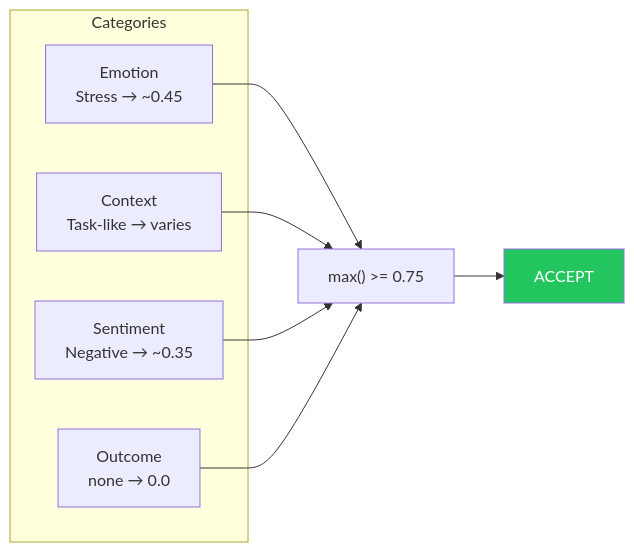
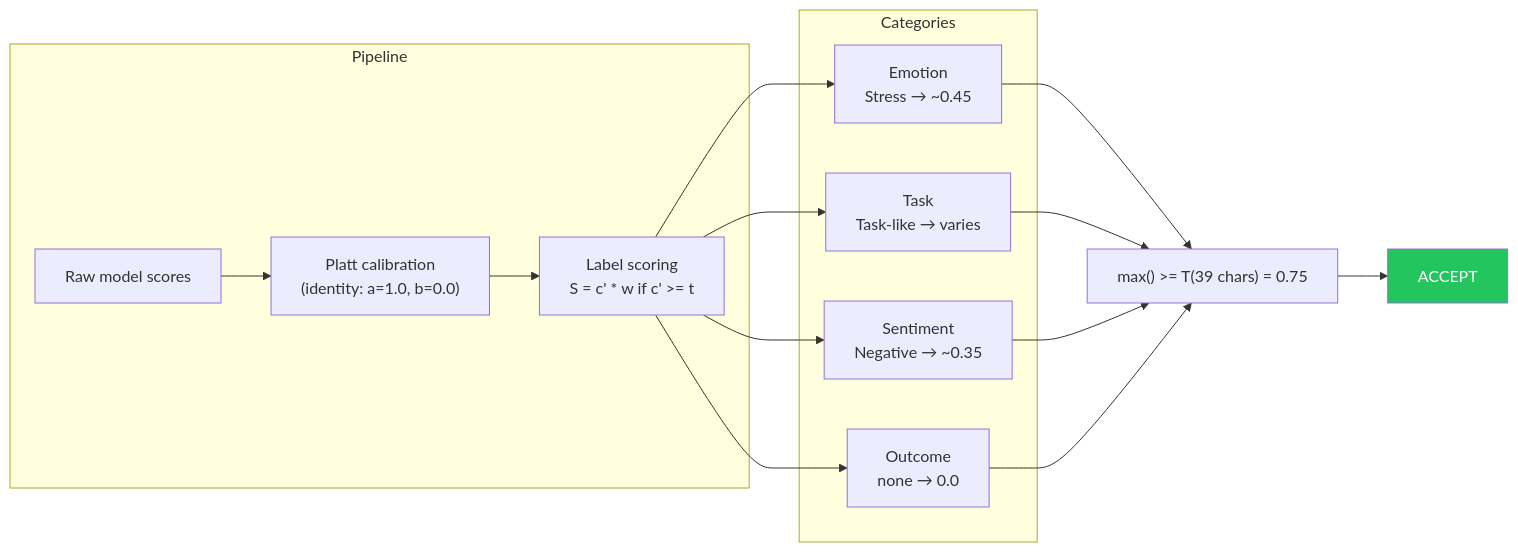
One commit to aacebo/loom changed the eighth of 9 diagrams in docs/loom/scoring-algorithm.md. Above: the diagram before and after it, drawn with Mermaid. The commit also changed other lines of this file, not shown here.

Commit message:
platt docs

````diff
--- a/docs/loom/scoring-algorithm.md
+++ b/docs/loom/scoring-algorithm.md
@@ -247,17 +374,27 @@
 ```mermaid
 flowchart LR
+    subgraph Pipeline
+        R["Raw model scores"] --> P["Platt calibration<br/>(identity: a=1.0, b=0.0)"]
+        P --> S["Label scoring<br/>S = c' * w if c' >= t"]
+    end
+
     subgraph Categories
         A["Emotion<br/>Stress → ~0.45"]
-        B["Context<br/>Task-like → varies"]
+        B["Task<br/>Task-like → varies"]
         C["Sentiment<br/>Negative → ~0.35"]
         D["Outcome<br/>none → 0.0"]
     end
 
-    A --> E["max() >= 0.75"]
+    S --> A
+    S --> B
+    S --> C
+    S --> D
+
+    A --> E["max() >= T(39 chars) = 0.75"]
     B --> E
     C --> E
     D --> E
 
     E --> F[ACCEPT]
     style F fill:#22c55e,color:#fff
 ```
````
